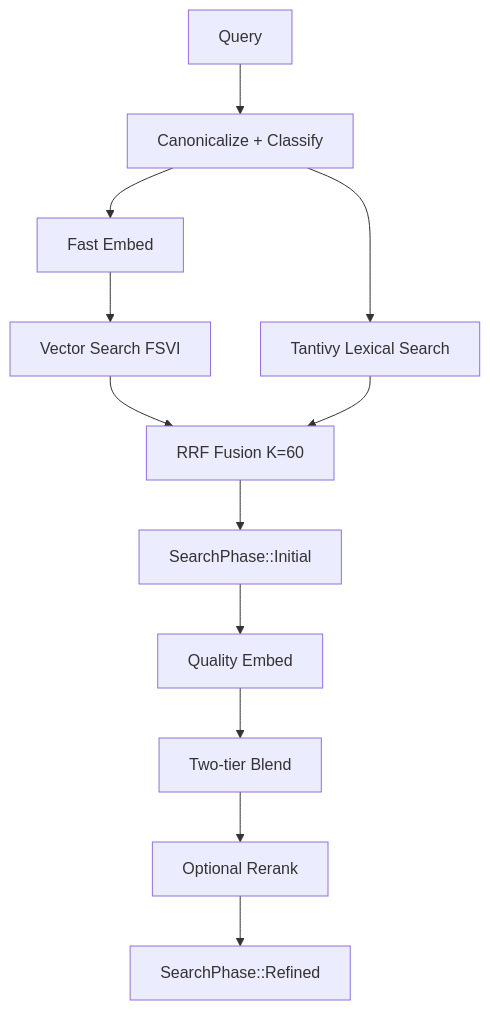
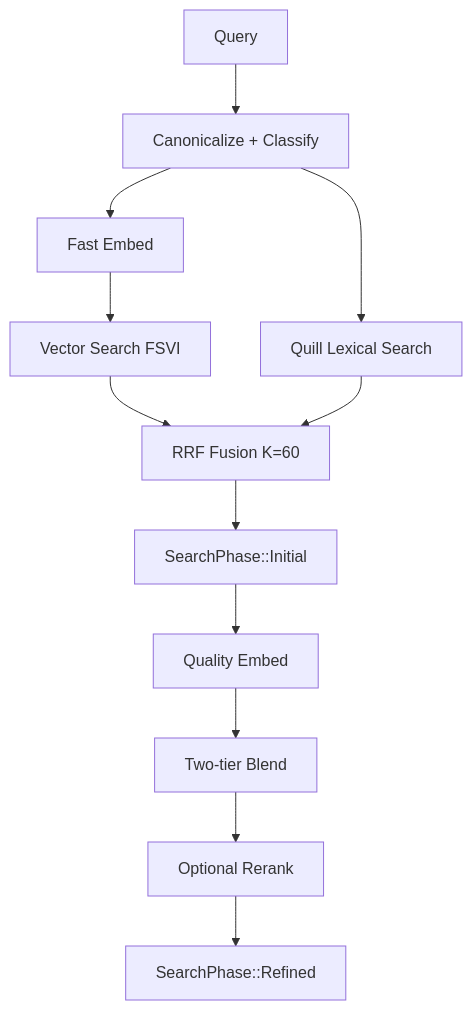
Before and after one commit to Dicklesworthstone/frankensearch: the second of 2 diagrams in docs/architecture.md, drawn with Mermaid. The commit also changed other lines of this file and 4 other files, not shown here.

````diff
--- a/docs/architecture.md
+++ b/docs/architecture.md
@@ -123,14 +136,14 @@
 ```mermaid
 flowchart TD
   q[Query] --> c[Canonicalize + Classify]
   c --> fe[Fast Embed]
-  c --> lx[Tantivy Lexical Search]
+  c --> lx[Quill Lexical Search]
   fe --> vs[Vector Search FSVI]
   vs --> rrf[RRF Fusion K=60]
   lx --> rrf
   rrf --> init[SearchPhase::Initial]
   init --> qe[Quality Embed]
   qe --> blend[Two-tier Blend]
   blend --> rr[Optional Rerank]
   rr --> refined[SearchPhase::Refined]
 ```
````
